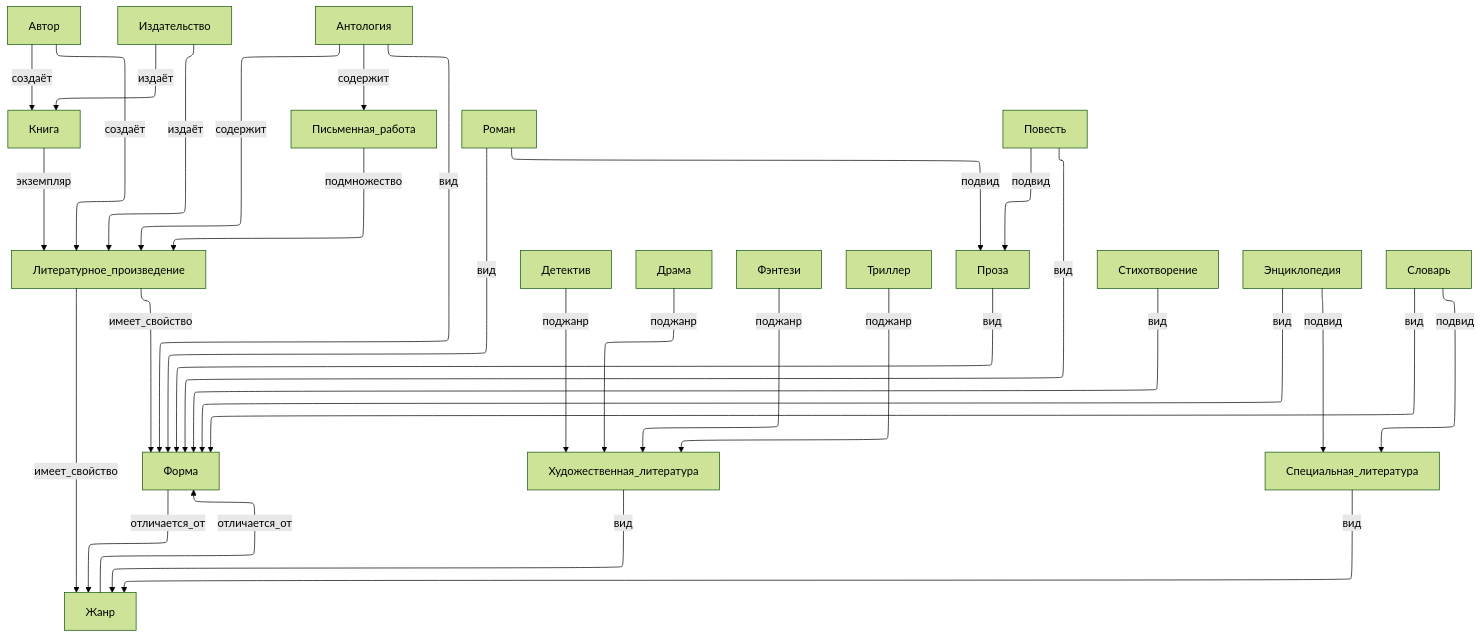
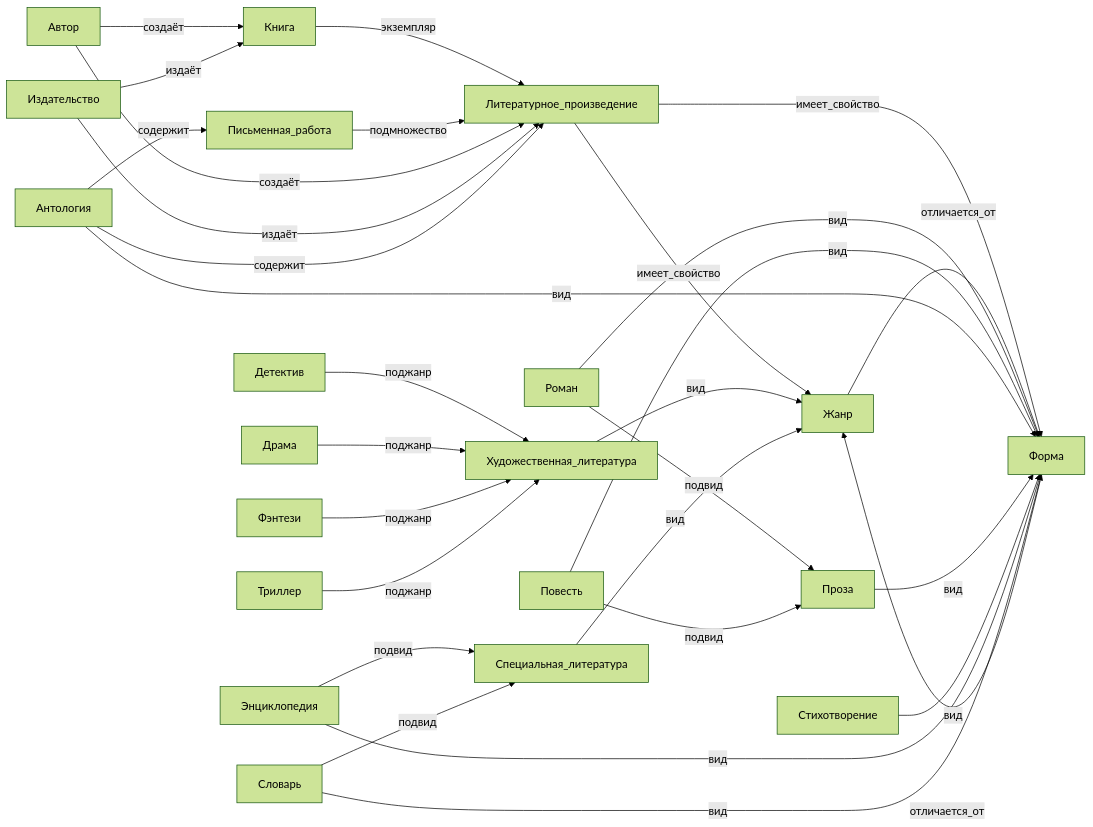
Before and after one commit to shwars/2025_kidbook: the diagram in WORK/learning/books/conepts/diagram.mmd, drawn with Mermaid (forest theme). The commit also changed 2 other files, not shown here.

```diff
--- a/WORK/learning/books/conepts/diagram.mmd
+++ b/WORK/learning/books/conepts/diagram.mmd
@@ -1,34 +1,30 @@
----
-config:
-  layout: elk
----
-flowchart TD
-  Книга -->|экземпляр| Литературное_произведение
-  Литературное_произведение -->|имеет_свойство| Жанр
-  Литературное_произведение -->|имеет_свойство| Форма
-  Письменная_работа -->|подмножество| Литературное_произведение
-  Автор -->|создаёт| Книга
-  Автор -->|создаёт| Литературное_произведение
-  Издательство -->|издаёт| Книга
-  Издательство -->|издаёт| Литературное_произведение
-  Жанр -->|отличается_от| Форма
-  Детектив -->|поджанр| Художественная_литература
-  Драма -->|поджанр| Художественная_литература
-  Фэнтези -->|поджанр| Художественная_литература
-  Триллер -->|поджанр| Художественная_литература
-  Художественная_литература -->|вид| Жанр
-  Специальная_литература -->|вид| Жанр
-  Форма -->|отличается_от| Жанр
-  Роман -->|вид| Форма
-  Роман -->|подвид| Проза
-  Повесть -->|вид| Форма
-  Повесть -->|подвид| Проза
-  Антология -->|вид| Форма
-  Антология -->|содержит| Литературное_произведение
-  Антология -->|содержит| Письменная_работа
-  Проза -->|вид| Форма
-  Стихотворение -->|вид| Форма
-  Энциклопедия -->|вид| Форма
-  Энциклопедия -->|подвид| Специальная_литература
-  Словарь -->|вид| Форма
-  Словарь -->|подвид| Специальная_литература
+graph LR;
+  Книга -->|экземпляр| Литературное_произведение;
+  Литературное_произведение -->|имеет_свойство| Жанр;
+  Литературное_произведение -->|имеет_свойство| Форма;
+  Письменная_работа -->|подмножество| Литературное_произведение;
+  Автор -->|создаёт| Книга;
+  Автор -->|создаёт| Литературное_произведение;
+  Издательство -->|издаёт| Книга;
+  Издательство -->|издаёт| Литературное_произведение;
+  Жанр -->|отличается_от| Форма;
+  Детектив -->|поджанр| Художественная_литература;
+  Драма -->|поджанр| Художественная_литература;
+  Фэнтези -->|поджанр| Художественная_литература;
+  Триллер -->|поджанр| Художественная_литература;
+  Художественная_литература -->|вид| Жанр;
+  Специальная_литература -->|вид| Жанр;
+  Форма -->|отличается_от| Жанр;
+  Роман -->|вид| Форма;
+  Роман -->|подвид| Проза;
+  Повесть -->|вид| Форма;
+  Повесть -->|подвид| Проза;
+  Антология -->|вид| Форма;
+  Антология -->|содержит| Литературное_произведение;
+  Антология -->|содержит| Письменная_работа;
+  Проза -->|вид| Форма;
+  Стихотворение -->|вид| Форма;
+  Энциклопедия -->|вид| Форма;
+  Энциклопедия -->|подвид| Специальная_литература;
+  Словарь -->|вид| Форма;
+  Словарь -->|подвид| Специальная_литература;
```
